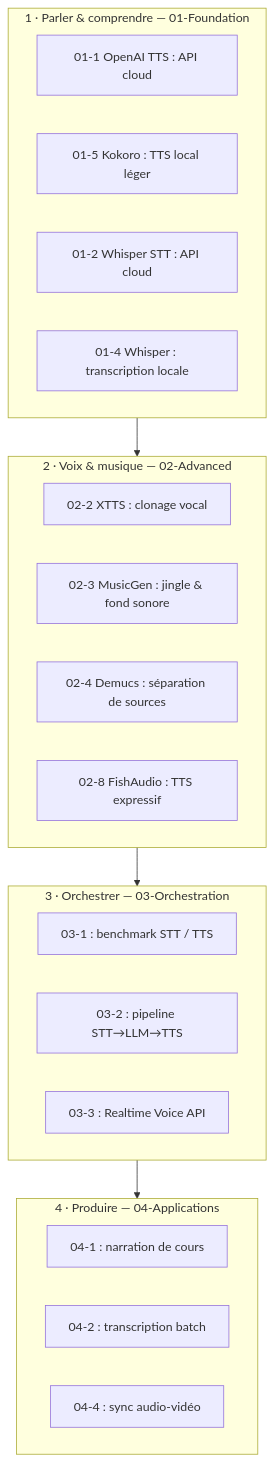
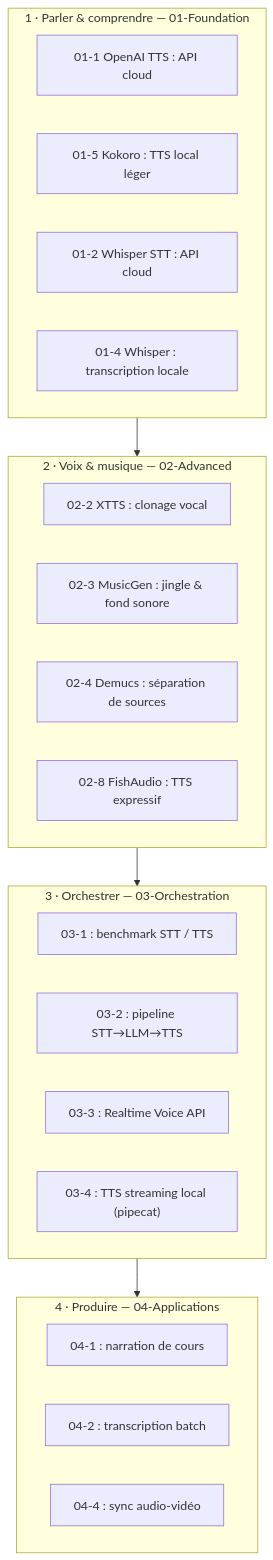
Before and after one commit to jsboige/CoursIA: the diagram in MyIA.AI.Notebooks/GenAI/Audio/README.md, drawn with Mermaid. The commit also changed other lines of this file and 6 other files, not shown here.

First line of the commit message:
Add(genai,#26570): carnet 03-4 TTS streaming local (Kokoro + pipecat), RTF et TTFA mesures

````diff
--- a/MyIA.AI.Notebooks/GenAI/Audio/README.md
+++ b/MyIA.AI.Notebooks/GenAI/Audio/README.md
@@ -237,26 +239,27 @@
 ```mermaid
 flowchart TD
     subgraph N1["1 · Parler & comprendre — 01-Foundation"]
         A1["01-1 OpenAI TTS : API cloud"]
         A2["01-5 Kokoro : TTS local léger"]
         A3["01-2 Whisper STT : API cloud"]
         A4["01-4 Whisper : transcription locale"]
     end
     subgraph N2["2 · Voix & musique — 02-Advanced"]
         B1["02-2 XTTS : clonage vocal"]
         B2["02-3 MusicGen : jingle & fond sonore"]
         B3["02-4 Demucs : séparation de sources"]
         B4["02-8 FishAudio : TTS expressif"]
     end
     subgraph N3["3 · Orchestrer — 03-Orchestration"]
         C1["03-1 : benchmark STT / TTS"]
         C2["03-2 : pipeline STT→LLM→TTS"]
         C3["03-3 : Realtime Voice API"]
+        C4["03-4 : TTS streaming local (pipecat)"]
     end
     subgraph N4["4 · Produire — 04-Applications"]
         D1["04-1 : narration de cours"]
         D2["04-2 : transcription batch"]
         D3["04-4 : sync audio-vidéo"]
     end
     N1 --> N2 --> N3 --> N4
 ```
````
